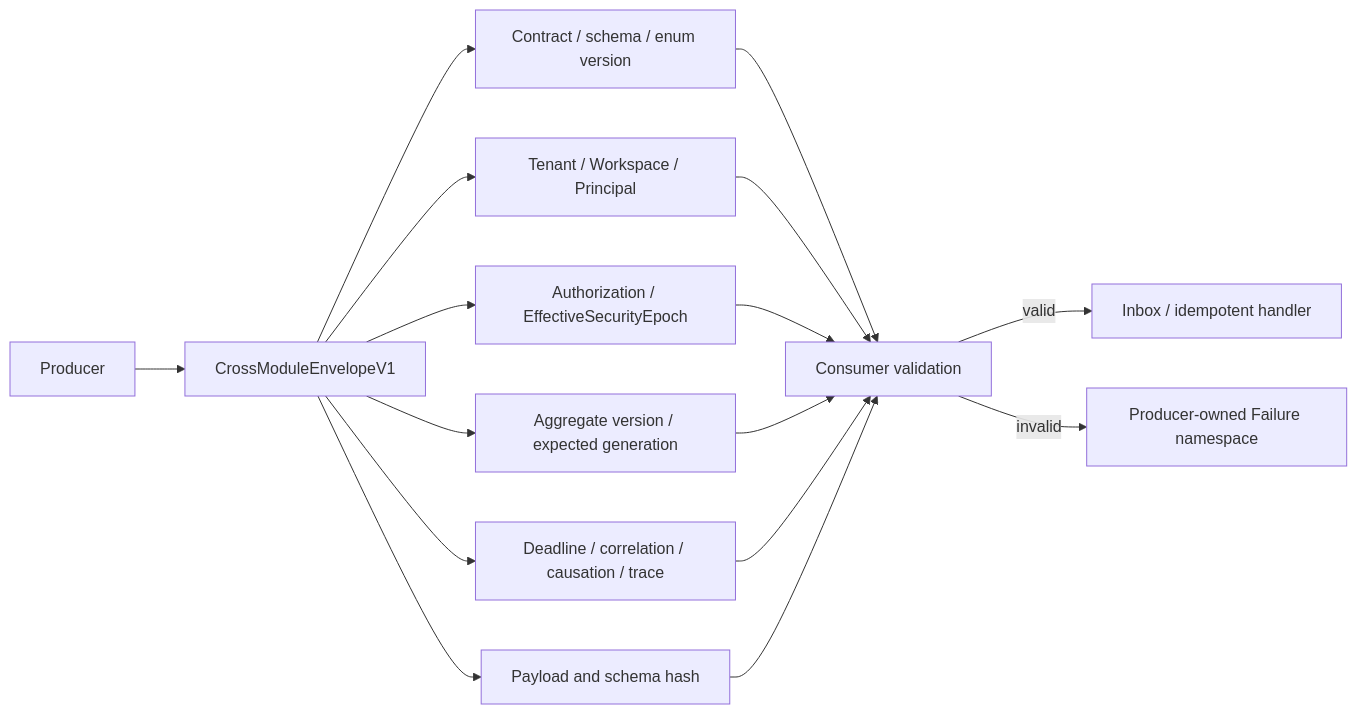
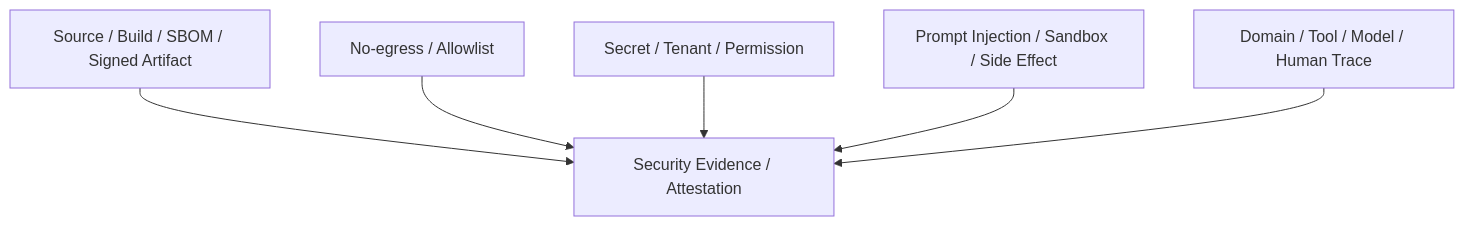
One commit to ProfessorZhi/Zuno changed diagram 14 of 14 in docs/project/architecture/architecture-views.md. Above: the diagram before and after it, drawn with Mermaid. The commit also changed other lines of this file and 99 other files, not shown here.

Commit message:
docs: reframe architecture around Python microservices

````diff
--- a/docs/project/architecture/architecture-views.md
+++ b/docs/project/architecture/architecture-views.md
@@ -367,13 +201,9 @@
 ```mermaid
-flowchart LR
-  PROD[Producer] --> ENV[CrossModuleEnvelopeV1]
-  ENV --> CONTRACT[Contract / schema / enum version]
-  ENV --> SCOPE[Tenant / Workspace / Principal]
-  ENV --> EPOCH[Authorization / EffectiveSecurityEpoch]
-  ENV --> ORDER[Aggregate version / expected generation]
-  ENV --> TIME[Deadline / correlation / causation / trace]
-  ENV --> HASH[Payload and schema hash]
-  CONTRACT & SCOPE & EPOCH & ORDER & TIME & HASH --> VALID[Consumer validation]
-  VALID -->|valid| INBOX[Inbox / idempotent handler]
-  VALID -->|invalid| FAIL[Producer-owned Failure namespace]
+flowchart TB
+  ARTIFACT[Source / Build / SBOM / Signed Artifact]
+  NETWORK[No-egress / Allowlist]
+  ACCESS[Secret / Tenant / Permission]
+  EXEC[Prompt Injection / Sandbox / Side Effect]
+  TRACE[Domain / Tool / Model / Human Trace]
+  ARTIFACT & NETWORK & ACCESS & EXEC & TRACE --> ATTEST[Security Evidence / Attestation]
 ```
````
